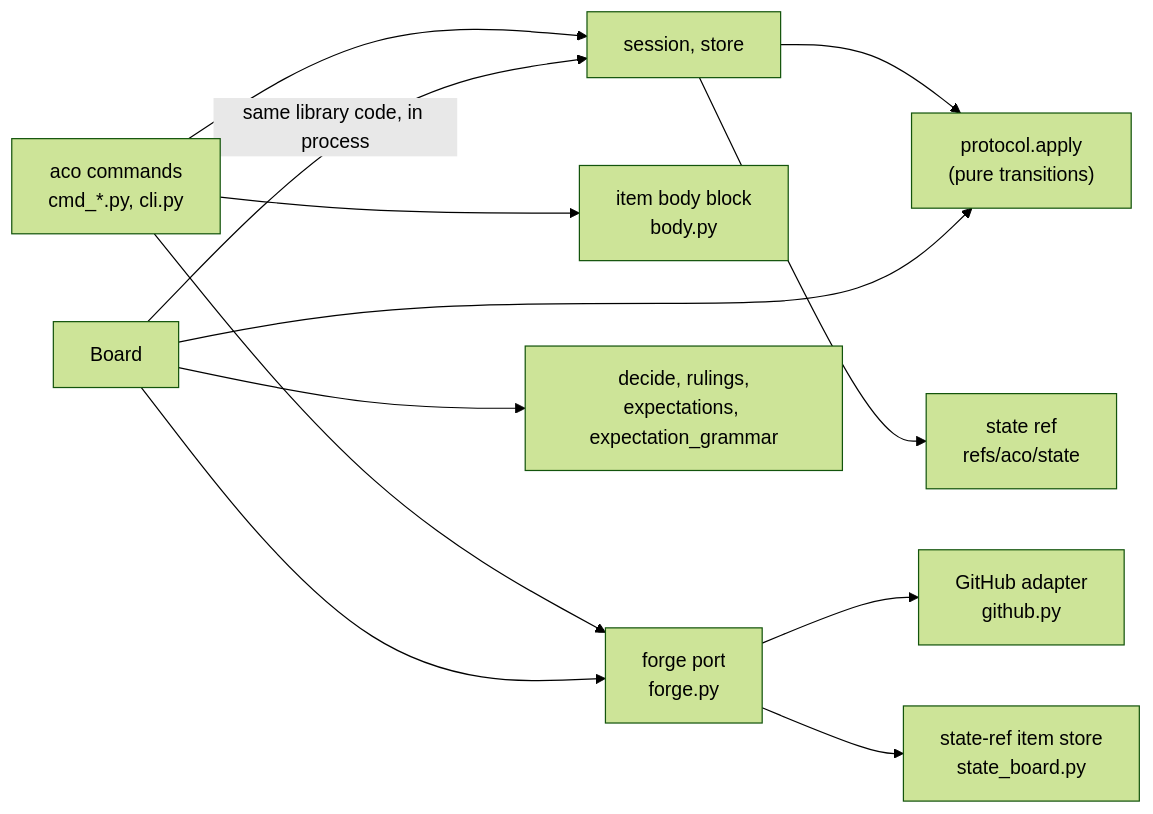
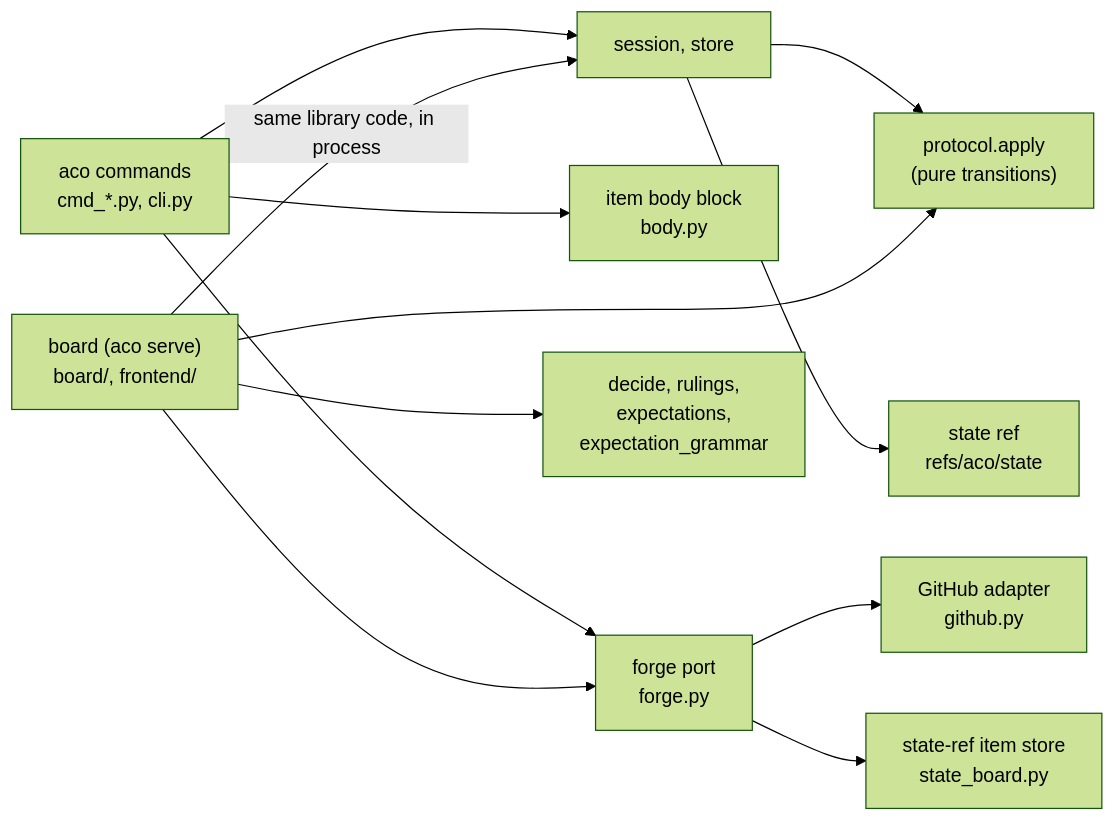
The second of 3 diagrams in docs/ARCHITECTURE.md (overnightworks/aco), drawn with Mermaid (forest theme) before and after one commit. The commit also changed other lines of this file and 2 other files, not shown here.

````diff
--- a/docs/ARCHITECTURE.md
+++ b/docs/ARCHITECTURE.md
@@ -29,14 +29,15 @@
 ```mermaid
 flowchart LR
     CLI["aco commands<br/>cmd_*.py, cli.py"] --> Session["session, store"]
     Session --> Protocol["protocol.apply<br/>(pure transitions)"]
     Session --> Store["state ref<br/>refs/aco/state"]
     CLI --> Body["item body block<br/>body.py"]
     CLI --> Port["forge port<br/>forge.py"]
     Port --> GitHub["GitHub adapter<br/>github.py"]
     Port --> StateBoard["state-ref item store<br/>state_board.py"]
+    Board["board (aco serve)<br/>board/, frontend/"]
     Board -->|"same library code, in process"| Session
     Board --> Protocol
     Board --> Port
-    Board --> Decisions["decide, rulings,<br/>expectations, expectation_grammar"]
+    Board --> Dec["decide, rulings,<br/>expectations,<br/>expectation_grammar"]
 ```
````
